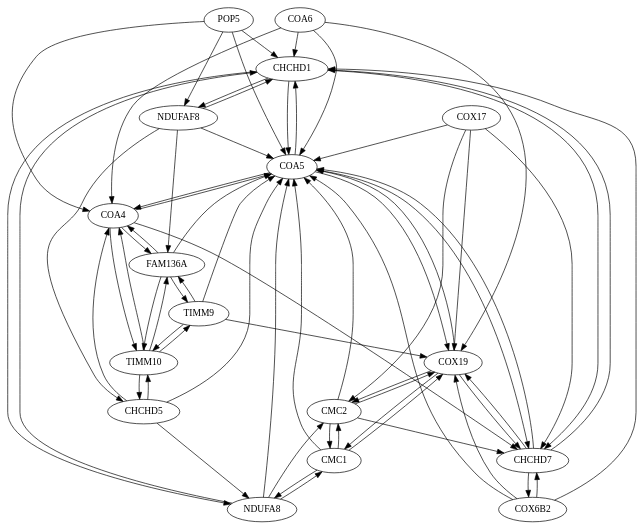
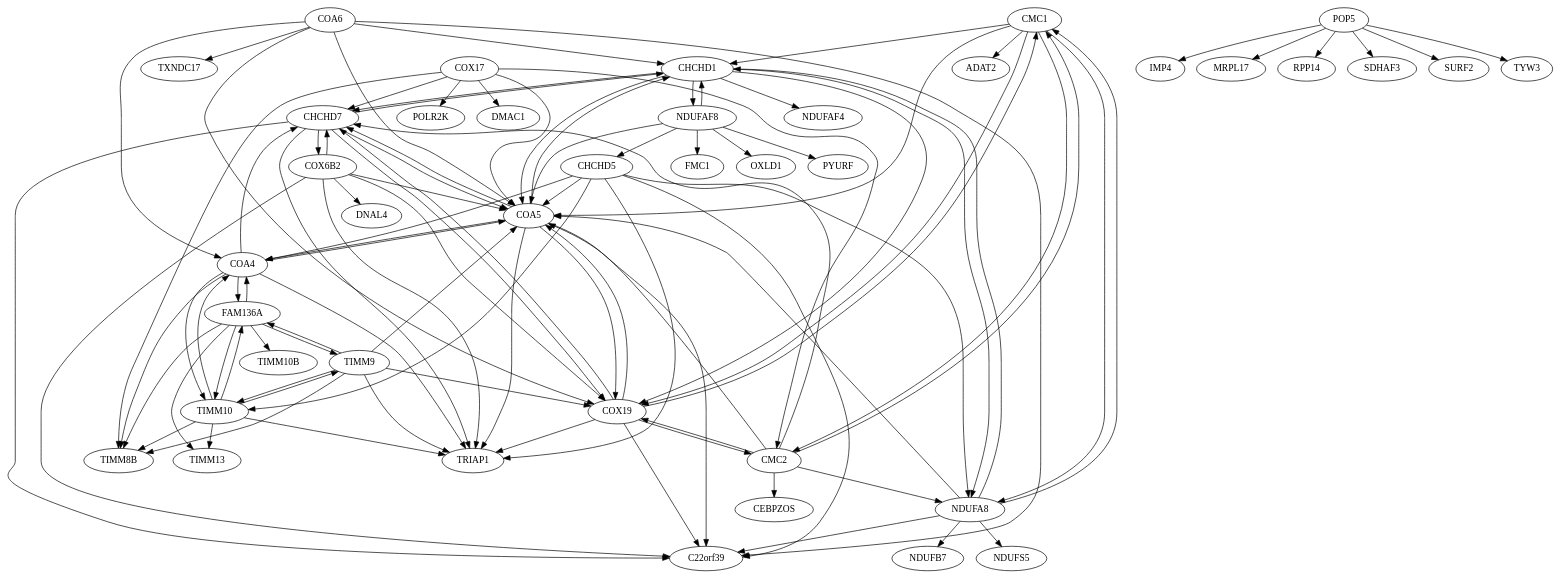
Before and after one commit to leonfrench/map-of-proteins-data: the diagram in v6/graphs/246.graph.dot, drawn with Graphviz. The commit also changed 457 other files, not shown here.

```diff
--- a/v6/graphs/246.graph.dot
+++ b/v6/graphs/246.graph.dot
@@ -1,87 +1,144 @@
 digraph G {
-"CHCHD1" -> "COA5";
-"CHCHD1" -> "NDUFAF8";
-"CHCHD1" -> "NDUFA8";
-"CHCHD1" -> "CHCHD7";
-"CHCHD5" -> "COA4";
-"CHCHD5" -> "TIMM10";
-"CHCHD5" -> "NDUFA8";
-"CHCHD5" -> "COA5";
-"CHCHD7" -> "COA5";
-"CHCHD7" -> "COX19";
-"CHCHD7" -> "COX6B2";
-"CHCHD7" -> "CHCHD1";
-"CMC1" -> "COX19";
-"CMC1" -> "CMC2";
-"CMC1" -> "COA5";
-"CMC1" -> "NDUFA8";
-"CMC2" -> "CMC1";
-"CMC2" -> "COX19";
-"CMC2" -> "COA5";
-"CMC2" -> "CHCHD7";
-"COA4" -> "FAM136A";
-"COA4" -> "TIMM10";
-"COA4" -> "COA5";
-"COA4" -> "CHCHD7";
-"COA5" -> "CHCHD7";
-"COA5" -> "COX19";
-"COA5" -> "CHCHD1";
-"COA5" -> "COA4";
-"COA6" -> "CHCHD1";
-"COA6" -> "COA5";
-"COA6" -> "COX19";
-"COA6" -> "COA4";
-"COX17" -> "CHCHD7";
-"COX17" -> "COA5";
-"COX17" -> "CMC2";
-"COX17" -> "COX19";
-"COX19" -> "CMC1";
-"COX19" -> "COA5";
-"COX19" -> "CHCHD7";
-"COX19" -> "CMC2";
-"COX6B2" -> "CHCHD7";
-"COX6B2" -> "COX19";
-"COX6B2" -> "COA5";
-"COX6B2" -> "CHCHD1";
-"FAM136A" -> "TIMM10";
-"FAM136A" -> "TIMM9";
-"FAM136A" -> "COA4";
-"FAM136A" -> "COA5";
-"NDUFA8" -> "CHCHD1";
-"NDUFA8" -> "CMC1";
-"NDUFA8" -> "COA5";
-"NDUFA8" -> "CMC2";
-"NDUFAF8" -> "CHCHD1";
-"NDUFAF8" -> "COA5";
-"NDUFAF8" -> "CHCHD5";
-"NDUFAF8" -> "FAM136A";
-"POP5" -> "NDUFAF8";
-"POP5" -> "COA5";
-"POP5" -> "CHCHD1";
-"POP5" -> "COA4";
-"TIMM10" -> "FAM136A";
-"TIMM10" -> "COA4";
-"TIMM10" -> "TIMM9";
-"TIMM10" -> "CHCHD5";
-"TIMM9" -> "FAM136A";
-"TIMM9" -> "TIMM10";
-"TIMM9" -> "COX19";
-"TIMM9" -> "COA5";
-"CHCHD1" ["l"="54.738632,15.674455"];
-"CHCHD5" ["l"="52.993336,15.873713"];
-"CHCHD7" ["l"="53.415390,16.031546"];
-"CMC1" ["l"="54.001957,15.969238"];
-"CMC2" ["l"="54.244690,15.983937"];
-"COA4" ["l"="52.470207,15.877214"];
-"COA5" ["l"="52.460339,15.836972"];
-"COA6" ["l"="52.976597,15.742388"];
-"COX17" ["l"="52.879990,16.031355"];
-"COX19" ["l"="52.506229,15.833335"];
-"COX6B2" ["l"="53.214981,16.016045"];
-"FAM136A" ["l"="52.338047,15.936616"];
-"NDUFA8" ["l"="54.982910,16.057529"];
-"NDUFAF8" ["l"="55.400639,15.294829"];
-"POP5" ["l"="53.918907,14.134188"];
-"TIMM10" ["l"="52.154236,16.040184"];
-"TIMM9" ["l"="52.257927,16.097486"];
+"ADAT2" ["l"="47.780,7.125"]
+"C22orf39" ["l"="50.814,15.641"]
+"CEBPZOS" ["l"="66.759,16.636"]
+"CHCHD1" ["l"="54.739,15.674"]
+"CHCHD5" ["l"="52.993,15.874"]
+"CHCHD7" ["l"="53.415,16.032"]
+"CMC1" ["l"="54.002,15.969"]
+"CMC2" ["l"="54.245,15.984"]
+"COA4" ["l"="52.470,15.877"]
+"COA5" ["l"="52.460,15.837"]
+"COA6" ["l"="52.977,15.742"]
+"COX17" ["l"="52.880,16.031"]
+"COX19" ["l"="52.506,15.833"]
+"COX6B2" ["l"="53.215,16.016"]
+"DMAC1" ["l"="66.730,16.631"]
+"DNAL4" ["l"="44.421,12.883"]
+"FAM136A" ["l"="52.338,15.937"]
+"FMC1" ["l"="59.610,15.601"]
+"IMP4" ["l"="42.747,12.102"]
+"MRPL17" ["l"="60.281,14.198"]
+"NDUFA8" ["l"="54.983,16.058"]
+"NDUFAF4" ["l"="57.627,13.621"]
+"NDUFAF8" ["l"="55.401,15.295"]
+"NDUFB7" ["l"="57.732,16.350"]
+"NDUFS5" ["l"="57.136,16.375"]
+"OXLD1" ["l"="57.056,12.010"]
+"POLR2K" ["l"="48.046,14.890"]
+"POP5" ["l"="53.919,14.134"]
+"PYURF" ["l"="58.879,12.797"]
+"RPP14" ["l"="45.169,8.067"]
+"SDHAF3" ["l"="58.632,15.761"]
+"SURF2" ["l"="28.115,12.556"]
+"TIMM10" ["l"="52.154,16.040"]
+"TIMM10B" ["l"="51.326,15.813"]
+"TIMM13" ["l"="51.740,15.670"]
+"TIMM8B" ["l"="51.720,15.771"]
+"TIMM9" ["l"="52.258,16.097"]
+"TRIAP1" ["l"="51.325,15.722"]
+"TXNDC17" ["l"="49.803,12.963"]
+"TYW3" ["l"="35.382,10.089"]
+"CHCHD1" -> "COA5"
+"CHCHD1" -> "NDUFAF8"
+"CHCHD1" -> "NDUFA8"
+"CHCHD1" -> "NDUFAF4" ["e"=1]
+"CHCHD1" -> "CHCHD7"
+"CHCHD1" -> "COX19"
+"CHCHD5" -> "COA4"
+"CHCHD5" -> "TIMM10"
+"CHCHD5" -> "NDUFA8"
+"CHCHD5" -> "TRIAP1" ["e"=1]
+"CHCHD5" -> "COA5"
+"CHCHD5" -> "C22orf39" ["e"=1]
+"CHCHD7" -> "COA5"
+"CHCHD7" -> "COX19"
+"CHCHD7" -> "COX6B2"
+"CHCHD7" -> "TRIAP1" ["e"=1]
+"CHCHD7" -> "CHCHD1"
+"CHCHD7" -> "C22orf39" ["e"=1]
+"CMC1" -> "COX19"
+"CMC1" -> "CMC2"
+"CMC1" -> "COA5"
+"CMC1" -> "NDUFA8"
+"CMC1" -> "ADAT2" ["e"=1]
+"CMC1" -> "CHCHD1"
+"CMC2" -> "CMC1"
+"CMC2" -> "COX19"
+"CMC2" -> "COA5"
+"CMC2" -> "CHCHD7"
+"CMC2" -> "NDUFA8"
+"CMC2" -> "CEBPZOS" ["e"=1]
+"COA4" -> "TRIAP1" ["e"=1]
+"COA4" -> "FAM136A"
+"COA4" -> "TIMM8B" ["e"=1]
+"COA4" -> "TIMM10"
+"COA4" -> "COA5"
+"COA4" -> "CHCHD7"
+"COA5" -> "TRIAP1" ["e"=1]
+"COA5" -> "CHCHD7"
+"COA5" -> "COX19"
+"COA5" -> "C22orf39" ["e"=1]
+"COA5" -> "CHCHD1"
+"COA5" -> "COA4"
+"COA6" -> "C22orf39" ["e"=1]
+"COA6" -> "CHCHD1"
+"COA6" -> "COA5"
+"COA6" -> "COX19"
+"COA6" -> "TXNDC17" ["e"=1]
+"COA6" -> "COA4"
+"COX17" -> "CHCHD7"
+"COX17" -> "COA5"
+"COX17" -> "DMAC1" ["e"=1]
+"COX17" -> "TIMM8B" ["e"=1]
+"COX17" -> "POLR2K" ["e"=1]
+"COX17" -> "CMC2"
+"COX19" -> "CMC1"
+"COX19" -> "COA5"
+"COX19" -> "TRIAP1" ["e"=1]
+"COX19" -> "CHCHD7"
+"COX19" -> "C22orf39" ["e"=1]
+"COX19" -> "CMC2"
+"COX6B2" -> "CHCHD7"
+"COX6B2" -> "COX19"
+"COX6B2" -> "COA5"
+"COX6B2" -> "DNAL4" ["e"=1]
+"COX6B2" -> "C22orf39" ["e"=1]
+"COX6B2" -> "TRIAP1" ["e"=1]
+"FAM136A" -> "TIMM10"
+"FAM136A" -> "TIMM9"
+"FAM136A" -> "TIMM8B" ["e"=1]
+"FAM136A" -> "TIMM10B" ["e"=1]
+"FAM136A" -> "COA4"
+"FAM136A" -> "TIMM13" ["e"=1]
+"NDUFA8" -> "CHCHD1"
+"NDUFA8" -> "CMC1"
+"NDUFA8" -> "COA5"
+"NDUFA8" -> "NDUFS5" ["e"=1]
+"NDUFA8" -> "NDUFB7" ["e"=1]
+"NDUFA8" -> "C22orf39" ["e"=1]
+"NDUFAF8" -> "CHCHD1"
+"NDUFAF8" -> "COA5"
+"NDUFAF8" -> "FMC1" ["e"=1]
+"NDUFAF8" -> "OXLD1" ["e"=1]
+"NDUFAF8" -> "PYURF" ["e"=1]
+"NDUFAF8" -> "CHCHD5"
+"POP5" -> "SDHAF3" ["e"=1]
+"POP5" -> "TYW3" ["e"=1]
+"POP5" -> "RPP14" ["e"=1]
+"POP5" -> "SURF2" ["e"=1]
+"POP5" -> "MRPL17" ["e"=1]
+"POP5" -> "IMP4" ["e"=1]
+"TIMM10" -> "TIMM8B" ["e"=1]
+"TIMM10" -> "FAM136A"
+"TIMM10" -> "COA4"
+"TIMM10" -> "TIMM9"
+"TIMM10" -> "TIMM13" ["e"=1]
+"TIMM10" -> "TRIAP1" ["e"=1]
+"TIMM9" -> "FAM136A"
+"TIMM9" -> "TRIAP1" ["e"=1]
+"TIMM9" -> "TIMM10"
+"TIMM9" -> "TIMM8B" ["e"=1]
+"TIMM9" -> "COX19"
+"TIMM9" -> "COA5"
 }
```
